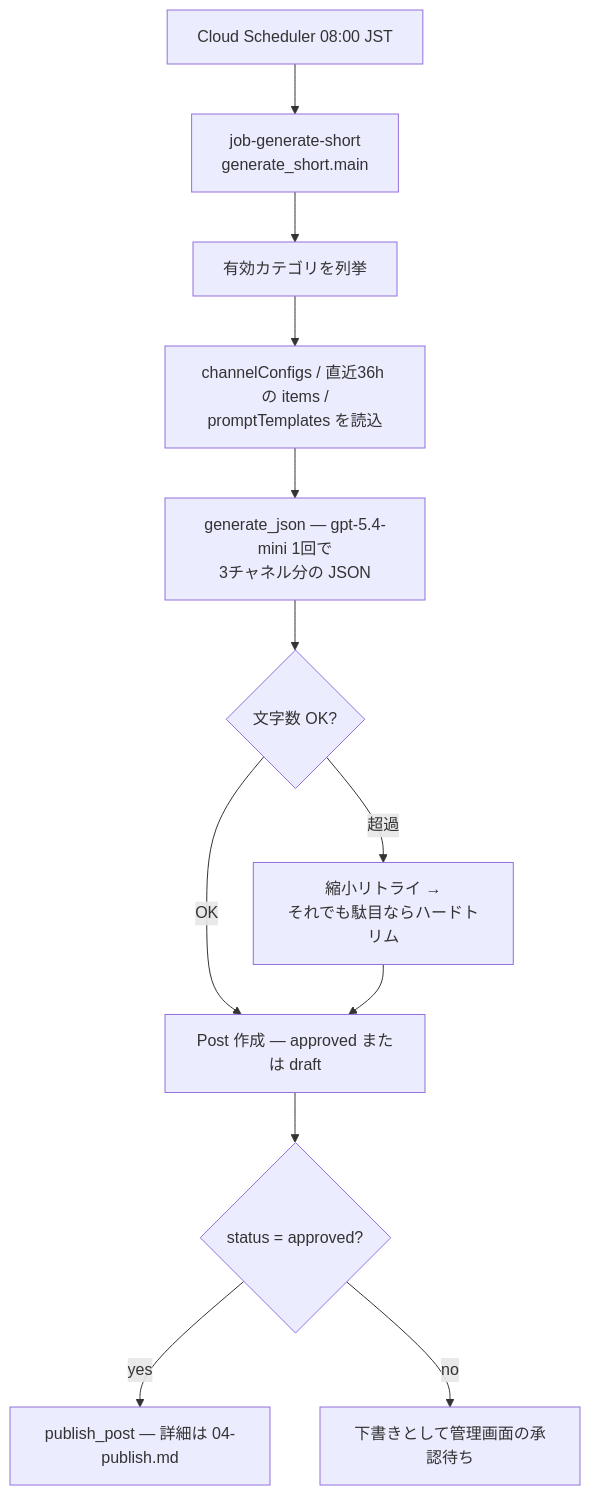
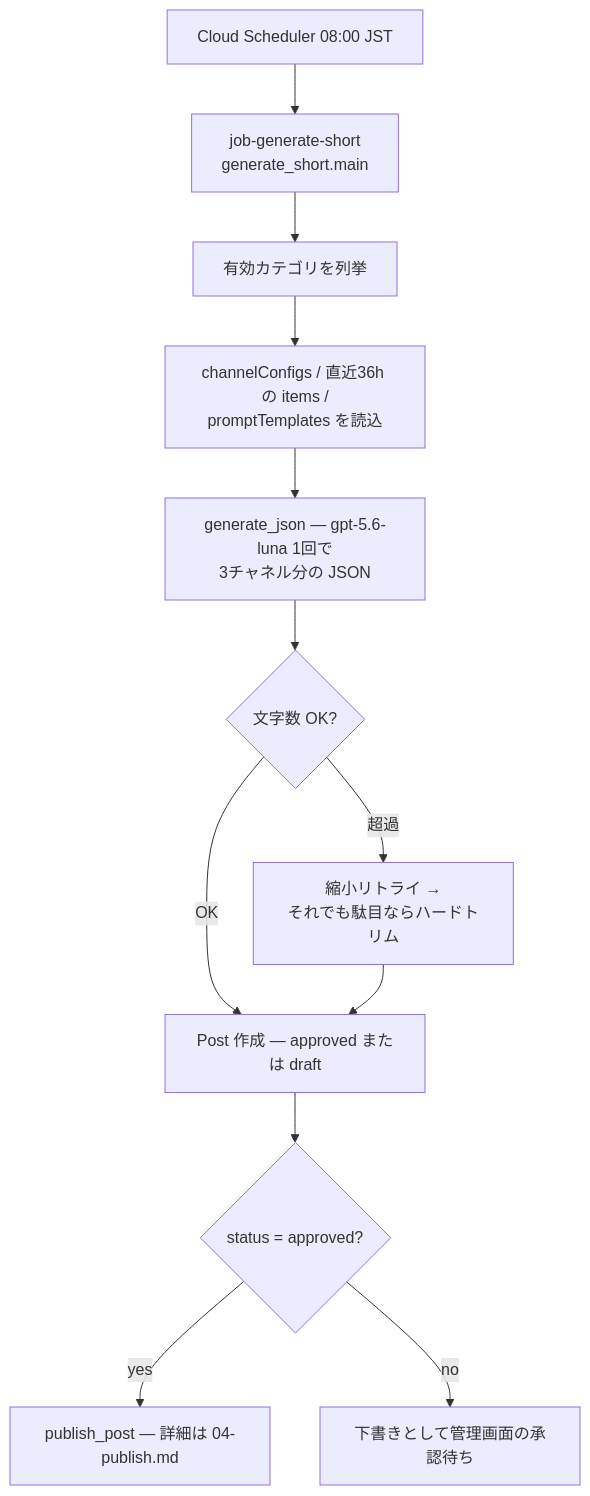
One commit to moc9058/trend-news-generator changed the first of 2 diagrams in docs/tech-report/05-detailed-design/03-generate.md. Above: the diagram before and after it, drawn with Mermaid. The commit also changed other lines of this file and 90 other files, not shown here.

````diff
--- a/docs/tech-report/05-detailed-design/03-generate.md
+++ b/docs/tech-report/05-detailed-design/03-generate.md
@@ -37,14 +37,14 @@
 ```mermaid
 flowchart TD
   A["Cloud Scheduler 08:00 JST"] --> B["job-generate-short<br>generate_short.main"]
   B --> C["有効カテゴリを列挙"]
   C --> D["channelConfigs / 直近36h の items /<br>promptTemplates を読込"]
-  D --> E["generate_json — gpt-5.4-mini 1回で<br>3チャネル分の JSON"]
+  D --> E["generate_json — gpt-5.6-luna 1回で<br>3チャネル分の JSON"]
   E --> F{"文字数 OK?"}
   F -- "超過" --> G["縮小リトライ →<br>それでも駄目ならハードトリム"]
   F -- "OK" --> H["Post 作成 — approved または draft"]
   G --> H
   H --> I{"status = approved?"}
   I -- "yes" --> J["publish_post — 詳細は 04-publish.md"]
   I -- "no" --> K["下書きとして管理画面の承認待ち"]
 ```
````
